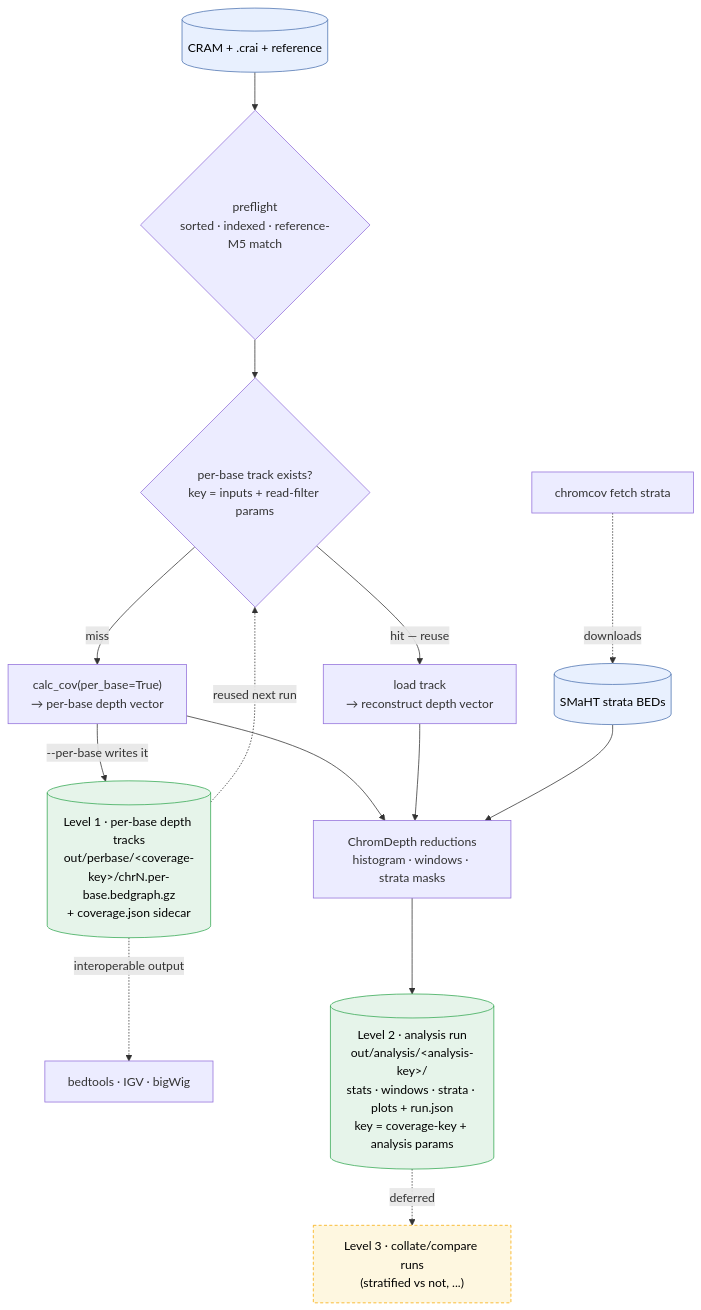
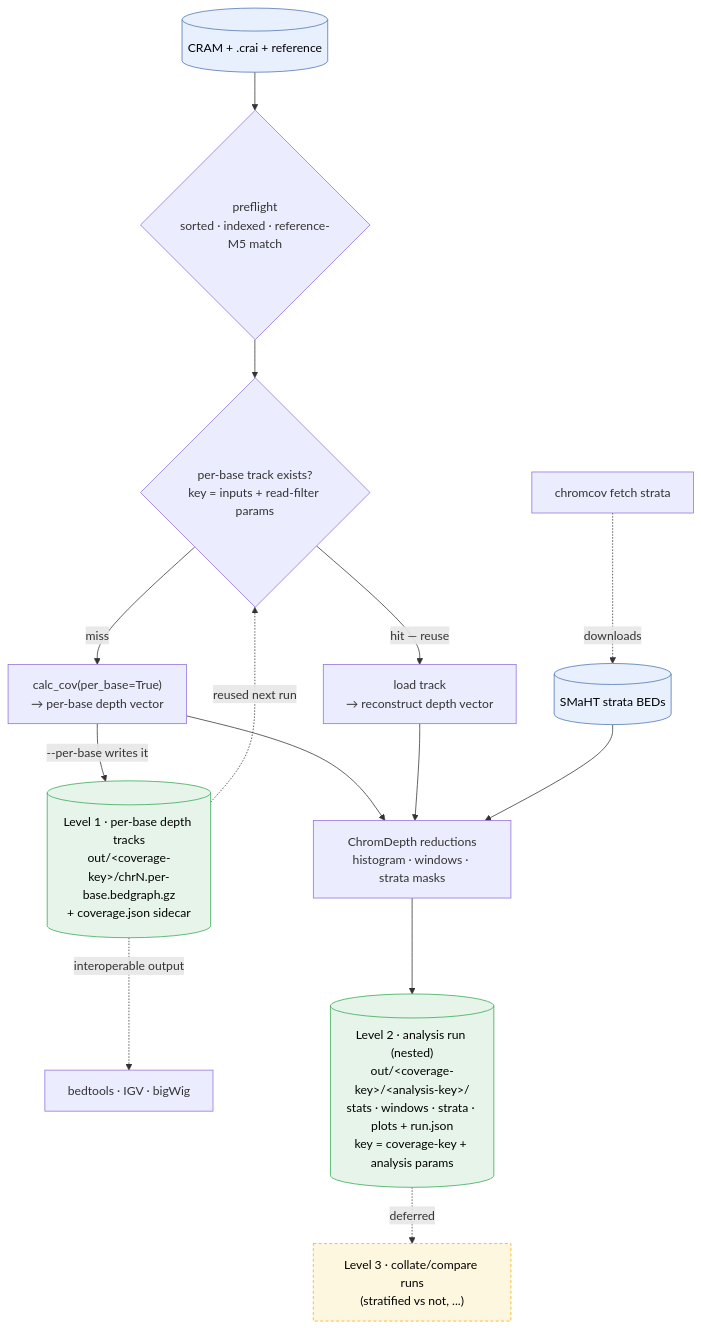
One commit to lenorakepler/ParkLab-ChromCov changed the first of 2 diagrams in WORKFLOW.md. Above: the diagram before and after it, drawn with Mermaid. The commit also changed 3 other files, not shown here.

First line of the commit message:
Nest analysis runs under their coverage-key output dir

````diff
--- a/WORKFLOW.md
+++ b/WORKFLOW.md
@@ -9,28 +9,28 @@
 ```mermaid
 flowchart TD
     CRAM[("CRAM + .crai + reference")]:::in
     BEDS[("SMaHT strata BEDs")]:::in
     FETCH["chromcov fetch strata"] -.->|downloads| BEDS
 
     CRAM --> PRE{"preflight<br/>sorted · indexed · reference-M5 match"}
 
     PRE --> DECIDE{"per-base track exists?<br/>key = inputs + read-filter params"}
     DECIDE -->|"miss"| CALC["calc_cov(per_base=True)<br/>→ per-base depth vector"]
     DECIDE -->|"hit — reuse"| LOAD["load track<br/>→ reconstruct depth vector"]
 
-    CALC -->|"--per-base writes it"| TRACK[("Level 1 · per-base depth tracks<br/>out/perbase/&lt;coverage-key&gt;/chrN.per-base.bedgraph.gz<br/>+ coverage.json sidecar")]:::out
+    CALC -->|"--per-base writes it"| TRACK[("Level 1 · per-base depth tracks<br/>out/&lt;coverage-key&gt;/chrN.per-base.bedgraph.gz<br/>+ coverage.json sidecar")]:::out
     TRACK -.->|reused next run| DECIDE
     TRACK -.->|"interoperable output"| EXT["bedtools · IGV · bigWig"]
 
     CALC --> RED["ChromDepth reductions<br/>histogram · windows · strata masks"]
     LOAD --> RED
     BEDS --> RED
 
-    RED --> ANALYSIS[("Level 2 · analysis run<br/>out/analysis/&lt;analysis-key&gt;/<br/>stats · windows · strata · plots + run.json<br/>key = coverage-key + analysis params")]:::out
+    RED --> ANALYSIS[("Level 2 · analysis run (nested)<br/>out/&lt;coverage-key&gt;/&lt;analysis-key&gt;/<br/>stats · windows · strata · plots + run.json<br/>key = coverage-key + analysis params")]:::out
 
     ANALYSIS -.->|deferred| COLLATE["Level 3 · collate/compare runs<br/>(stratified vs not, ...)"]:::todo
 
     classDef in fill:#e8f0fe,stroke:#4c72b0,color:#000;
     classDef out fill:#e6f4ea,stroke:#34a853,color:#000;
     classDef todo fill:#fef7e0,stroke:#f9ab00,stroke-dasharray:4 3,color:#000;
 ```
````
